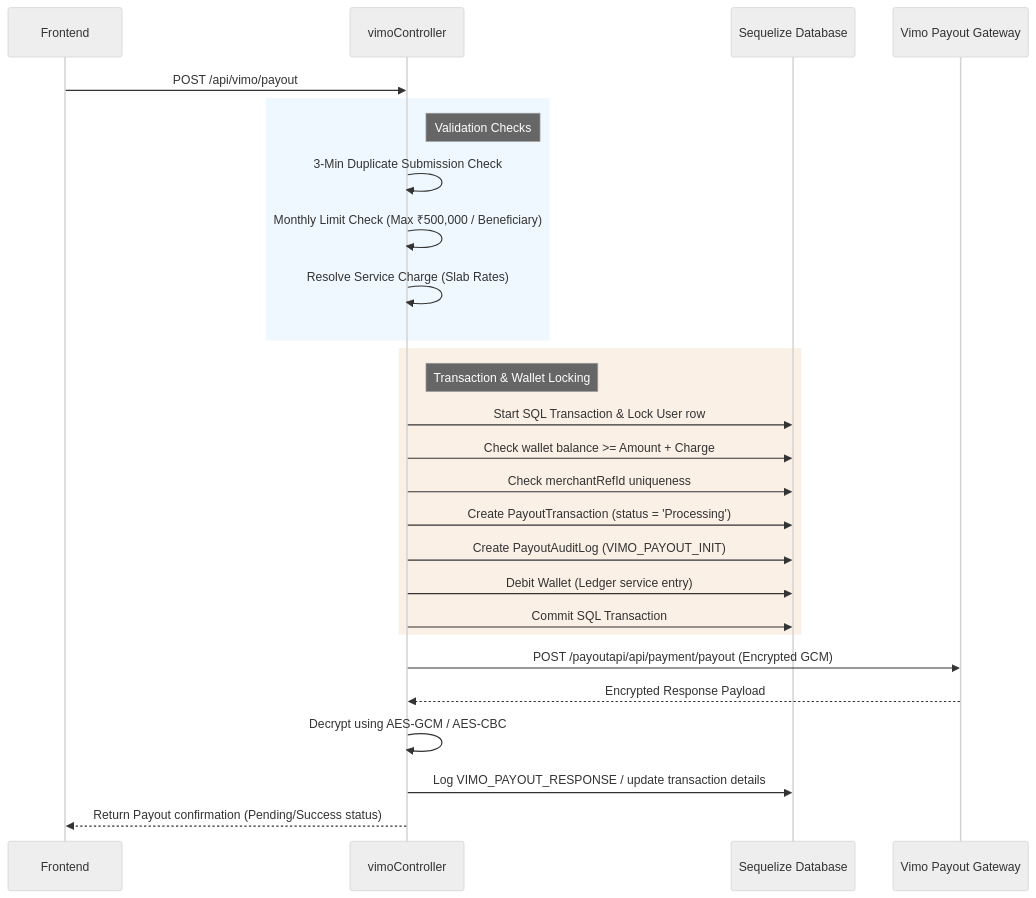
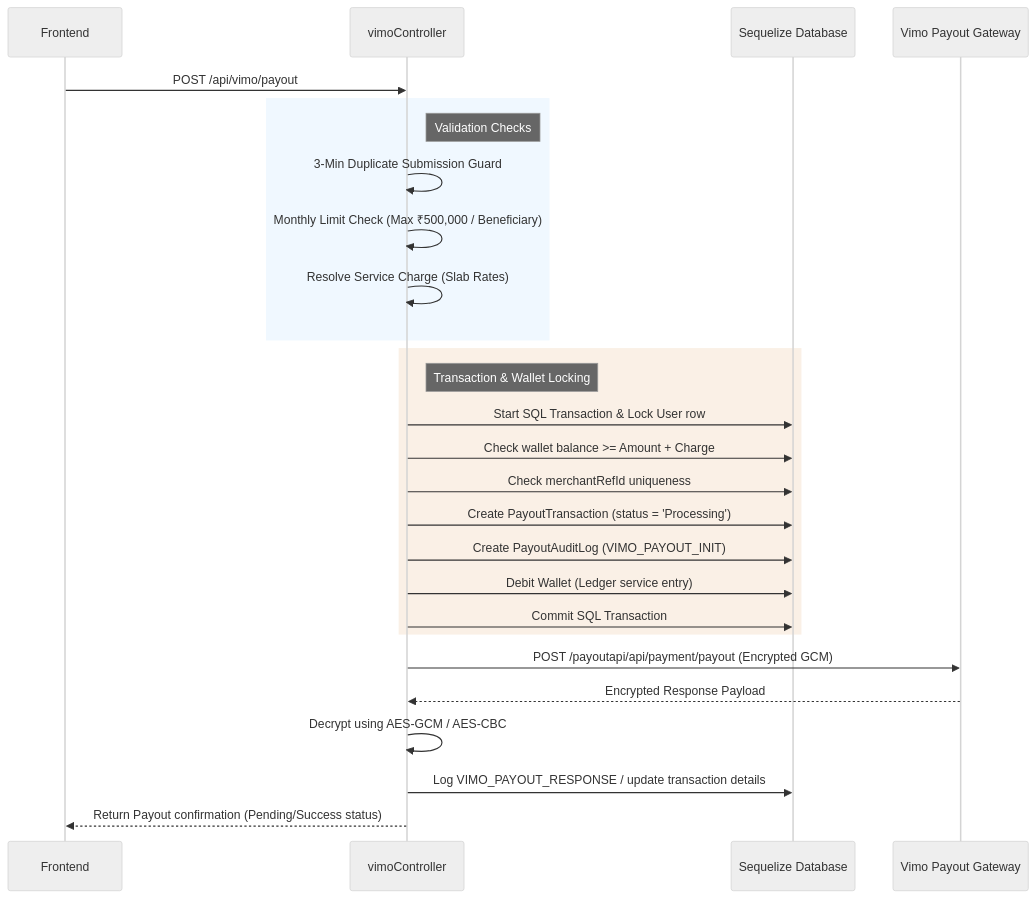
One commit to kirtijha-devloper/whitelable-server changed the diagram in docs/vimo-full-flow.md. Above: the diagram before and after it, drawn with Mermaid (neutral theme). The commit also changed other lines of this file and 3 other files, not shown here.

````diff
--- a/docs/vimo-full-flow.md
+++ b/docs/vimo-full-flow.md
@@ -85,33 +163,33 @@
 ```mermaid
 sequenceDiagram
     participant Frontend
     participant Controller as vimoController
     participant DB as Sequelize Database
     participant VimoAPI as Vimo Payout Gateway
     
     Frontend->>Controller: POST /api/vimo/payout
     
     rect rgb(240, 248, 255)
         note right of Controller: Validation Checks
-        Controller->>Controller: 3-Min Duplicate Submission Check
+        Controller->>Controller: 3-Min Duplicate Submission Guard
         Controller->>Controller: Monthly Limit Check (Max ₹500,000 / Beneficiary)
         Controller->>Controller: Resolve Service Charge (Slab Rates)
     end
     
     rect rgb(250, 240, 230)
         note right of Controller: Transaction & Wallet Locking
         Controller->>DB: Start SQL Transaction & Lock User row
         Controller->>DB: Check wallet balance >= Amount + Charge
         Controller->>DB: Check merchantRefId uniqueness
         Controller->>DB: Create PayoutTransaction (status = 'Processing')
         Controller->>DB: Create PayoutAuditLog (VIMO_PAYOUT_INIT)
         Controller->>DB: Debit Wallet (Ledger service entry)
         Controller->>DB: Commit SQL Transaction
     end
 
     Controller->>VimoAPI: POST /payoutapi/api/payment/payout (Encrypted GCM)
     VimoAPI-->>Controller: Encrypted Response Payload
     Controller->>Controller: Decrypt using AES-GCM / AES-CBC
     Controller->>DB: Log VIMO_PAYOUT_RESPONSE / update transaction details
     Controller-->>Frontend: Return Payout confirmation (Pending/Success status)
 ```
````
